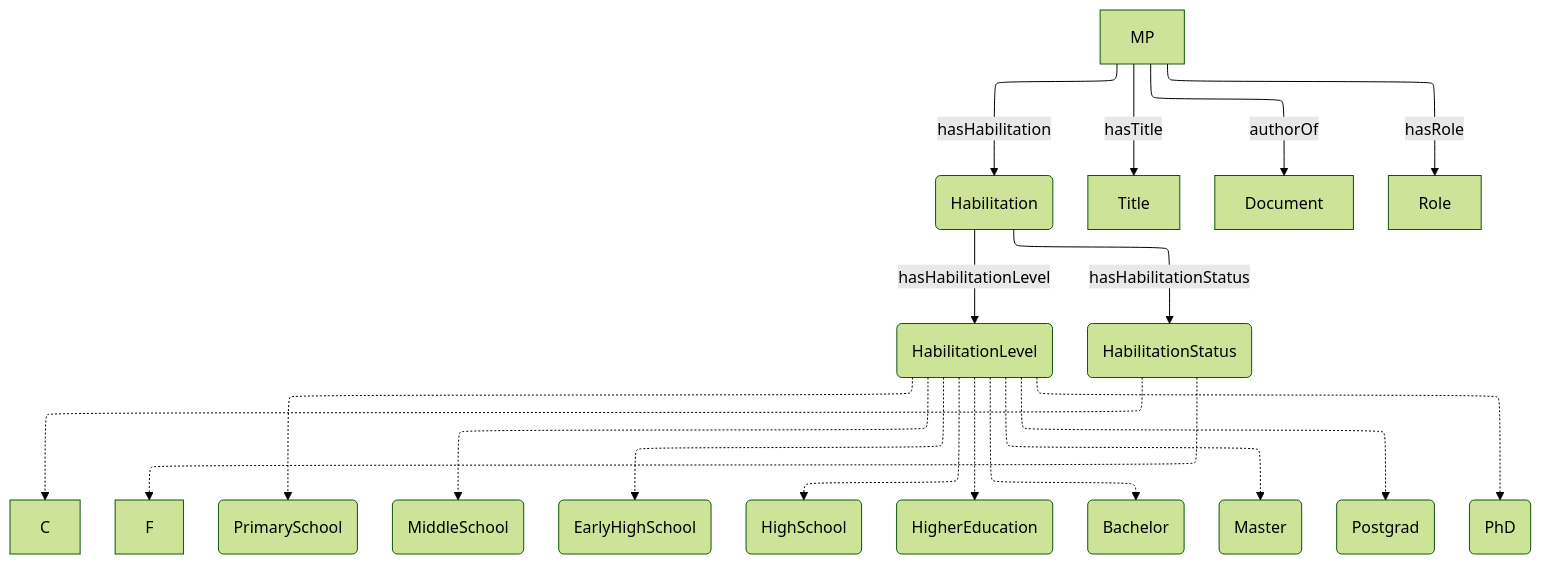
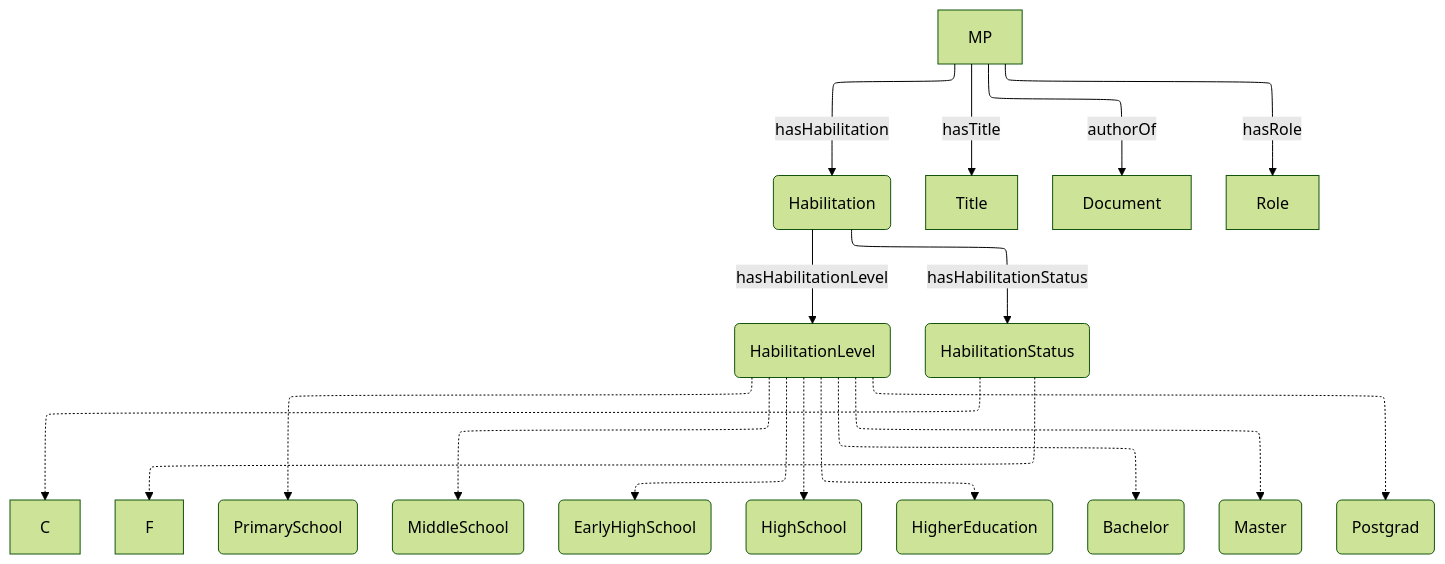
The diagram in OpenDataGOV-AP/DataModel/biographical-profile/biographical-profile.mmd (politrackpt/ontologies), drawn with Mermaid (forest theme) before and after one commit. The commit also changed other lines of this file, not shown here.

```diff
--- a/OpenDataGOV-AP/DataModel/biographical-profile/biographical-profile.mmd
+++ b/OpenDataGOV-AP/DataModel/biographical-profile/biographical-profile.mmd
@@ -1,23 +1,22 @@
 ---
 config:
   layout: elk
 ---
 flowchart TB
     MP -- hasHabilitation --> Edu(Habilitation)
     MP -- hasTitle --> Title
     MP -- authorOf --> Document
     MP -- hasRole --> Role
     Edu -- hasHabilitationLevel --> Level(HabilitationLevel)
     Edu -- hasHabilitationStatus --> Status(HabilitationStatus)
     Status -.-> C
     Status -.-> F
 
     Level -.-> PrimarySchool("PrimarySchool")
     Level -.-> MiddleSchool("MiddleSchool")
     Level -.-> EarlyHighSchool("EarlyHighSchool")
     Level -.-> HighSchool("HighSchool")
     Level -.-> HigherEducation("HigherEducation")
     Level -.-> Bachelor("Bachelor")
     Level -.-> Master("Master")
     Level -.-> Postgrad("Postgrad")
-    Level -.-> PhD("PhD")
```
